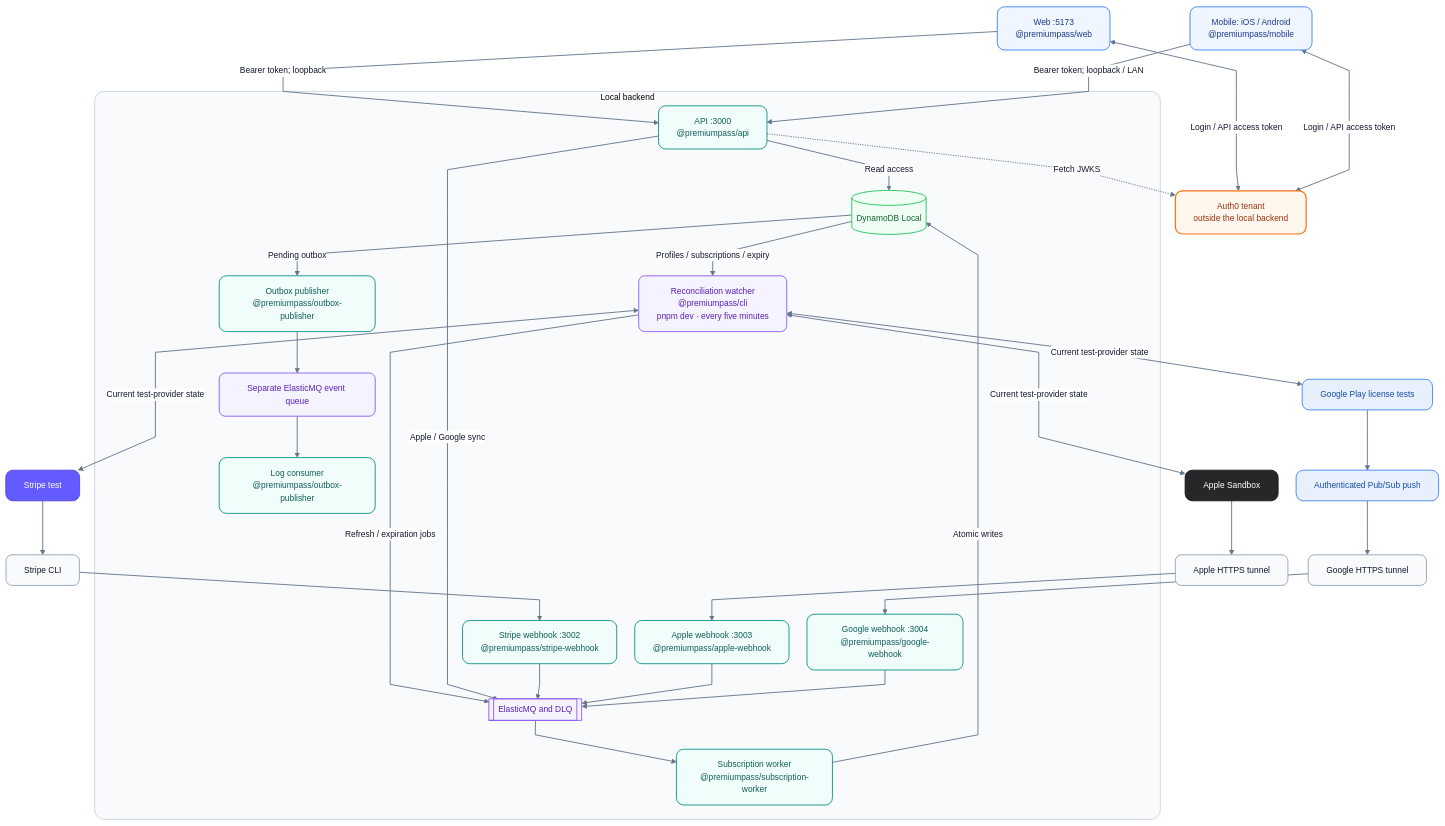
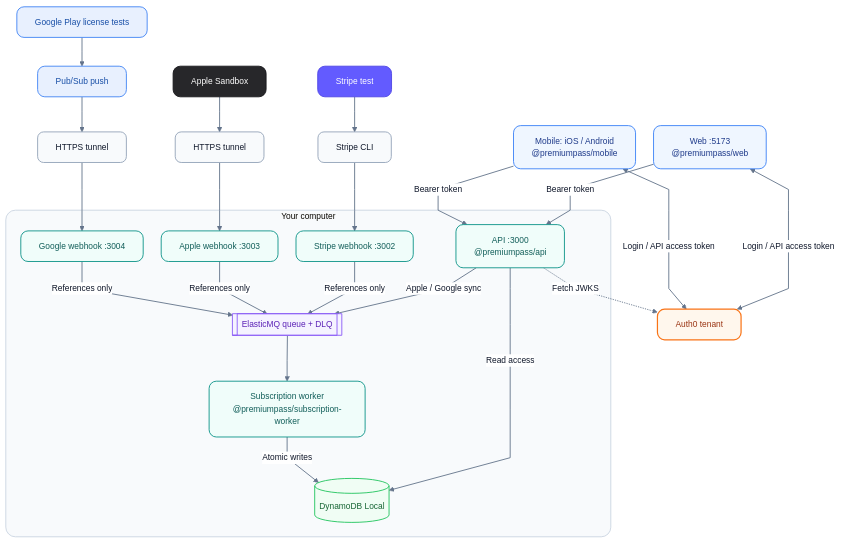
The first of 3 diagrams in docs/ARCHITECTURE.md (phillippbertram/subscription-consolidation-workshop), drawn with Mermaid before and after one commit. The commit also changed other lines of this file and 183 other files, not shown here.

````diff
--- a/docs/ARCHITECTURE.md
+++ b/docs/ARCHITECTURE.md
@@ -55,74 +58,61 @@
 ```mermaid
 ---
 config:
   theme: base
   themeVariables:
     fontFamily: Arial, Helvetica, sans-serif
     fontSize: 14px
     primaryTextColor: '#0f172a'
     lineColor: '#64748b'
     edgeLabelBackground: '#ffffff'
     clusterBkg: '#f8fafc'
     clusterBorder: '#cbd5e1'
   flowchart:
     curve: linear
     nodeSpacing: 30
     rankSpacing: 48
 ---
 flowchart TB
-    Web["Web :5173<br/>@premiumpass/web"] <-->|"Login / API access token"| Auth0["Auth0 tenant<br/>outside the local backend"]
+    Web["Web :5173<br/>@premiumpass/web"] <-->|"Login / API access token"| Auth0["Auth0 tenant"]
     Mobile["Mobile: iOS / Android<br/>@premiumpass/mobile"] <-->|"Login / API access token"| Auth0
     Stripe["Stripe test"] --> StripeCLI["Stripe CLI"]
-    Apple["Apple Sandbox"] --> AppleTunnel["Apple HTTPS tunnel"]
-    Google["Google Play license tests"] --> PubSub["Authenticated Pub/Sub push"]
-    PubSub --> GoogleTunnel["Google HTTPS tunnel"]
-    subgraph Host["Local backend"]
+    Apple["Apple Sandbox"] --> AppleTunnel["HTTPS tunnel"]
+    Google["Google Play license tests"] --> PubSub["Pub/Sub push"] --> GoogleTunnel["HTTPS tunnel"]
+    subgraph Host["Your computer"]
         API["API :3000<br/>@premiumpass/api"]
-        StripeHook["Stripe webhook :3002<br/>@premiumpass/stripe-webhook"]
-        AppleHook["Apple webhook :3003<br/>@premiumpass/apple-webhook"]
-        GoogleHook["Google webhook :3004<br/>@premiumpass/google-webhook"]
-        Queue[["ElasticMQ and DLQ"]]
+        StripeHook["Stripe webhook :3002"]
+        AppleHook["Apple webhook :3003"]
+        GoogleHook["Google webhook :3004"]
+        Queue[["ElasticMQ queue + DLQ"]]
         Worker["Subscription worker<br/>@premiumpass/subscription-worker"]
         DB[("DynamoDB Local")]
-        Reconciliation["Reconciliation watcher<br/>@premiumpass/cli<br/>pnpm dev · every five minutes"]
-        DB -->|"Profiles / subscriptions / expiry"| Reconciliation
-        Reconciliation -->|"Refresh / expiration jobs"| Queue
         API -->|"Read access"| DB
         API -->|"Apple / Google sync"| Queue
-        StripeHook --> Queue
-        AppleHook --> Queue
-        GoogleHook --> Queue
+        StripeHook & AppleHook & GoogleHook -->|"References only"| Queue
         Queue --> Worker -->|"Atomic writes"| DB
-        DB -->|"Pending outbox"| Publisher["Outbox publisher<br/>@premiumpass/outbox-publisher"]
-        Publisher --> Events["Separate ElasticMQ event queue"] --> Consumer["Log consumer<br/>@premiumpass/outbox-publisher"]
     end
-    Web -->|"Bearer token; loopback"| API
-    Mobile -->|"Bearer token; loopback / LAN"| API
+    Web & Mobile -->|"Bearer token"| API
     API -.->|"Fetch JWKS"| Auth0
     StripeCLI --> StripeHook
     AppleTunnel --> AppleHook
     GoogleTunnel --> GoogleHook
-    Reconciliation <-->|"Current test-provider state"| Stripe & Apple & Google
     classDef default fill:#f8fafc,stroke:#94a3b8,color:#0f172a,stroke-width:1.5px,rx:10,ry:10
     classDef client fill:#eff6ff,stroke:#3b82f6,color:#1e3a8a,stroke-width:1.5px,rx:12,ry:12
     classDef identity fill:#fff7ed,stroke:#f97316,color:#9a3412,stroke-width:2px,rx:12,ry:12
     classDef service fill:#f0fdfa,stroke:#0d9488,color:#115e59,stroke-width:1.5px,rx:12,ry:12
     classDef queue fill:#f5f3ff,stroke:#8b5cf6,color:#5b21b6,stroke-width:1.5px,rx:10,ry:10
     classDef data fill:#f0fdf4,stroke:#22c55e,color:#166534,stroke-width:1.5px
-    classDef failure fill:#fff1f2,stroke:#f43f5e,color:#9f1239,stroke-width:1.5px,rx:10,ry:10
     classDef stripe fill:#635bff,stroke:#4f46e5,color:#ffffff,stroke-width:1.5px,rx:12,ry:12
     classDef apple fill:#27272a,stroke:#18181b,color:#ffffff,stroke-width:1.5px,rx:12,ry:12
     classDef google fill:#e8f0fe,stroke:#4285f4,color:#174ea6,stroke-width:1.5px,rx:12,ry:12
     linkStyle default stroke:#64748b,stroke-width:1.5px
     class Web,Mobile client
     class Auth0 identity
     class API,StripeHook,AppleHook,GoogleHook,Worker service
-    class Queue,Reconciliation queue
+    class Queue queue
     class DB data
     class Stripe stripe
     class Apple apple
     class Google,PubSub google
-    class Publisher,Consumer service
-    class Events queue
     style Host fill:#f8fafc,stroke:#cbd5e1,stroke-width:1.5px,rx:16,ry:16
 ```
````
